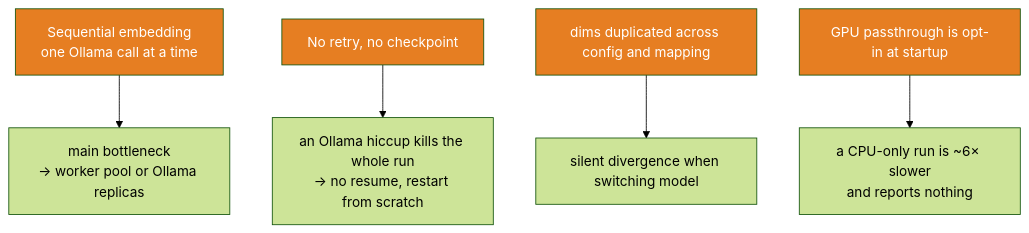
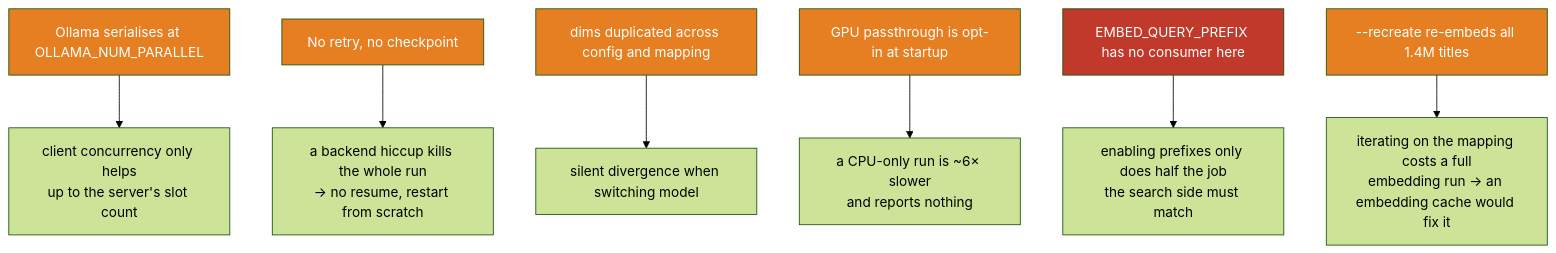
One commit to Guillaume-Gozillon/search-lab-ingest changed the seventh of 7 diagrams in article-02-vector-ingestion/ARCHITECTURE.md. Above: the diagram before and after it, drawn with Mermaid (forest theme). The commit also changed other lines of this file and 18 other files, not shown here.

First line of the commit message:
Add a TEI backend and run the embedding stage concurrently

````diff
--- a/article-02-vector-ingestion/ARCHITECTURE.md
+++ b/article-02-vector-ingestion/ARCHITECTURE.md
@@ -143,12 +197,16 @@
 ```mermaid
 flowchart TD
-    L1["Sequential embedding<br/>one Ollama call at a time"] --> I1["main bottleneck<br/>→ worker pool or Ollama replicas"]
-    L2["No retry, no checkpoint"] --> I2["an Ollama hiccup kills the whole run<br/>→ no resume, restart from scratch"]
+    L1["Ollama serialises at OLLAMA_NUM_PARALLEL"] --> I1["client concurrency only helps<br/>up to the server's slot count"]
+    L2["No retry, no checkpoint"] --> I2["a backend hiccup kills the whole run<br/>→ no resume, restart from scratch"]
     L3["dims duplicated across config and mapping"] --> I3["silent divergence when switching model"]
     L4["GPU passthrough is opt-in at startup"] --> I4["a CPU-only run is ~6× slower<br/>and reports nothing"]
+    L5["EMBED_QUERY_PREFIX has no consumer here"] --> I5["enabling prefixes only does half the job<br/>the search side must match"]
+    L6["--recreate re-embeds all 1.4M titles"] --> I6["iterating on the mapping costs a full<br/>embedding run → an embedding cache would fix it"]
 
     style L1 fill:#e67e22,color:#fff
     style L2 fill:#e67e22,color:#fff
     style L3 fill:#e67e22,color:#fff
     style L4 fill:#e67e22,color:#fff
+    style L5 fill:#c0392b,color:#fff
+    style L6 fill:#e67e22,color:#fff
 ```
````
